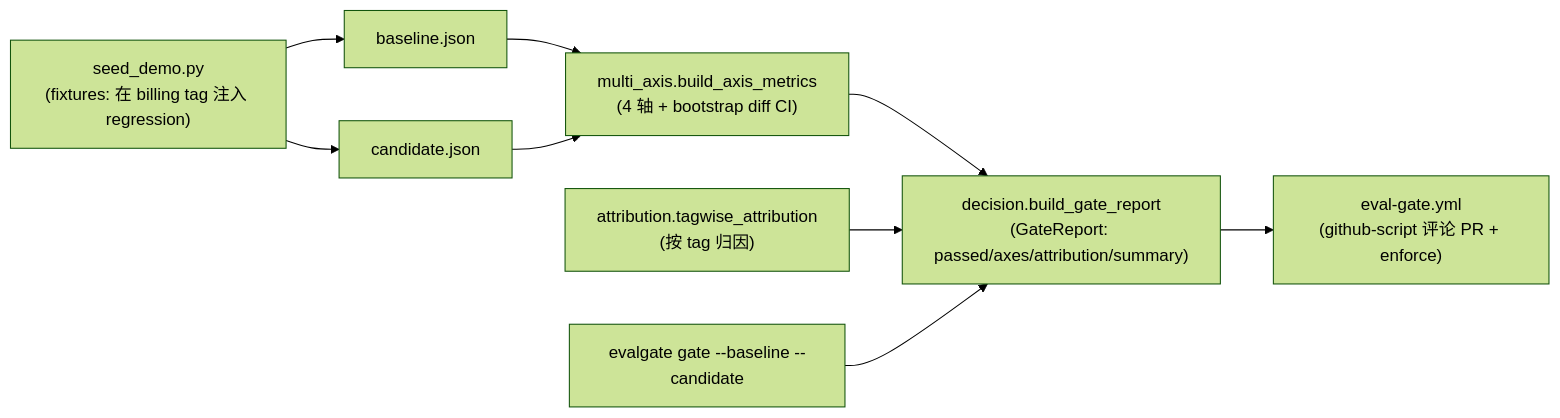
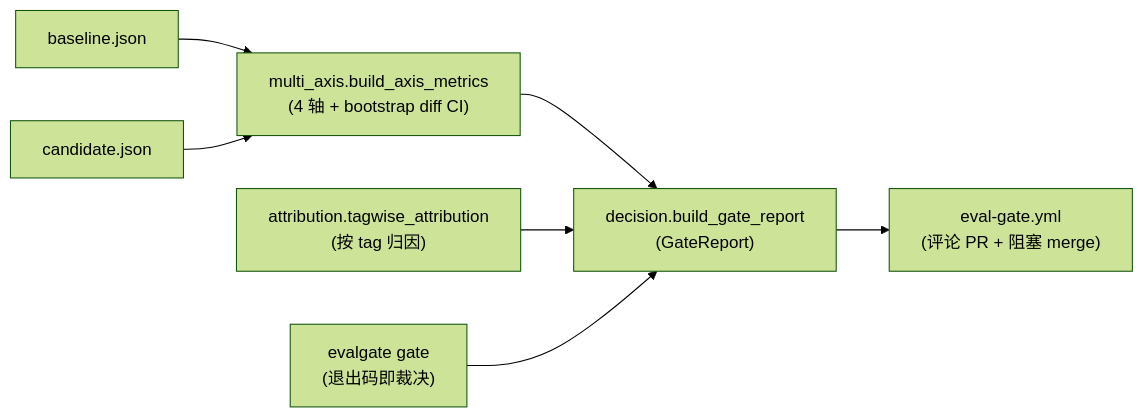
The first of 3 diagrams in docs/PHASE_2_PLAN.md (AndyUneducated/eval-gate), drawn with Mermaid (forest theme) before and after one commit. The commit also changed other lines of this file and 16 other files, not shown here.

First line of the commit message:
docs: add diagrams and tech-selection rationale to README and phase plans

````diff
--- a/docs/PHASE_2_PLAN.md
+++ b/docs/PHASE_2_PLAN.md
@@ -18,17 +11,16 @@
 ```mermaid
 flowchart LR
-  Seed["seed_demo.py<br/>(fixtures: 在 billing tag 注入 regression)"]
   BJSON["baseline.json"]
   CJSON["candidate.json"]
   Axes["multi_axis.build_axis_metrics<br/>(4 轴 + bootstrap diff CI)"]
   Attr["attribution.tagwise_attribution<br/>(按 tag 归因)"]
-  Report["decision.build_gate_report<br/>(GateReport: passed/axes/attribution/summary)"]
-  CLI["evalgate gate --baseline --candidate"]
-  GH["eval-gate.yml<br/>(github-script 评论 PR + enforce)"]
+  Report["decision.build_gate_report<br/>(GateReport)"]
+  CLI["evalgate gate<br/>(退出码即裁决)"]
+  GH["eval-gate.yml<br/>(评论 PR + 阻塞 merge)"]
 
-  Seed --> BJSON --> Axes
-  Seed --> CJSON --> Axes
+  BJSON --> Axes
+  CJSON --> Axes
   Axes --> Report
   Attr --> Report
   CLI --> Report --> GH
 ```
````
